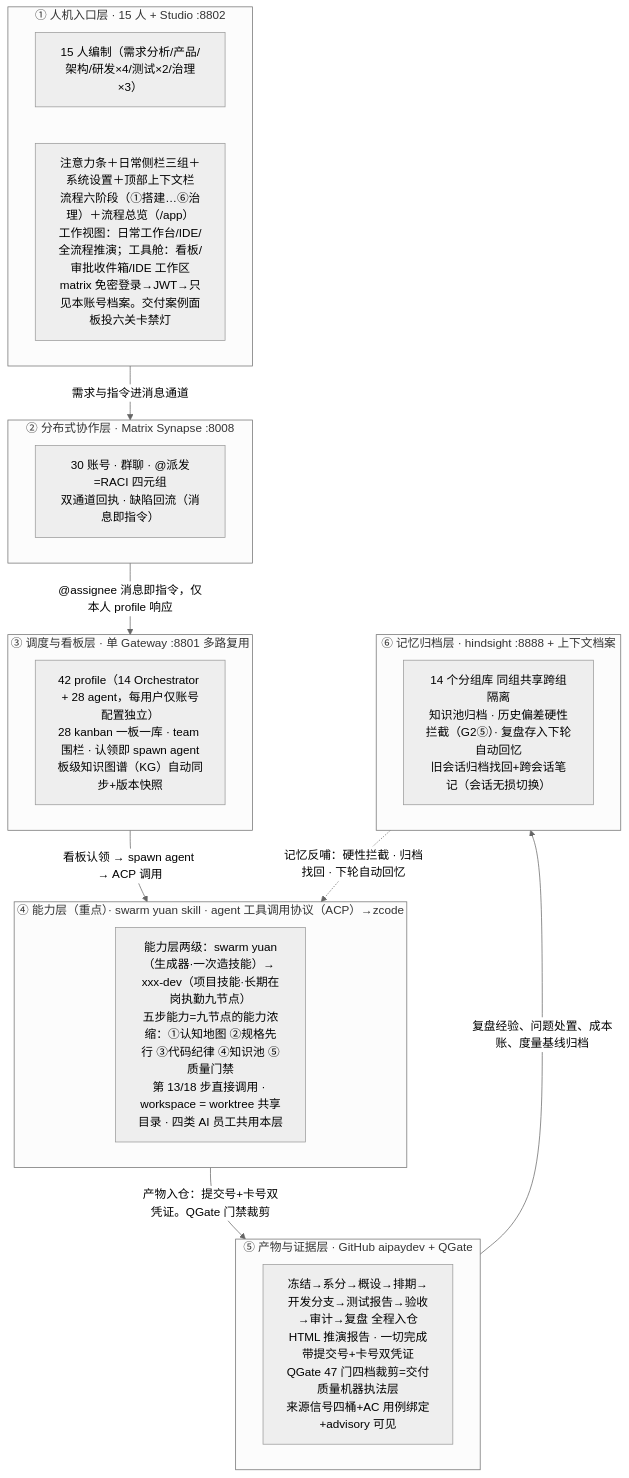
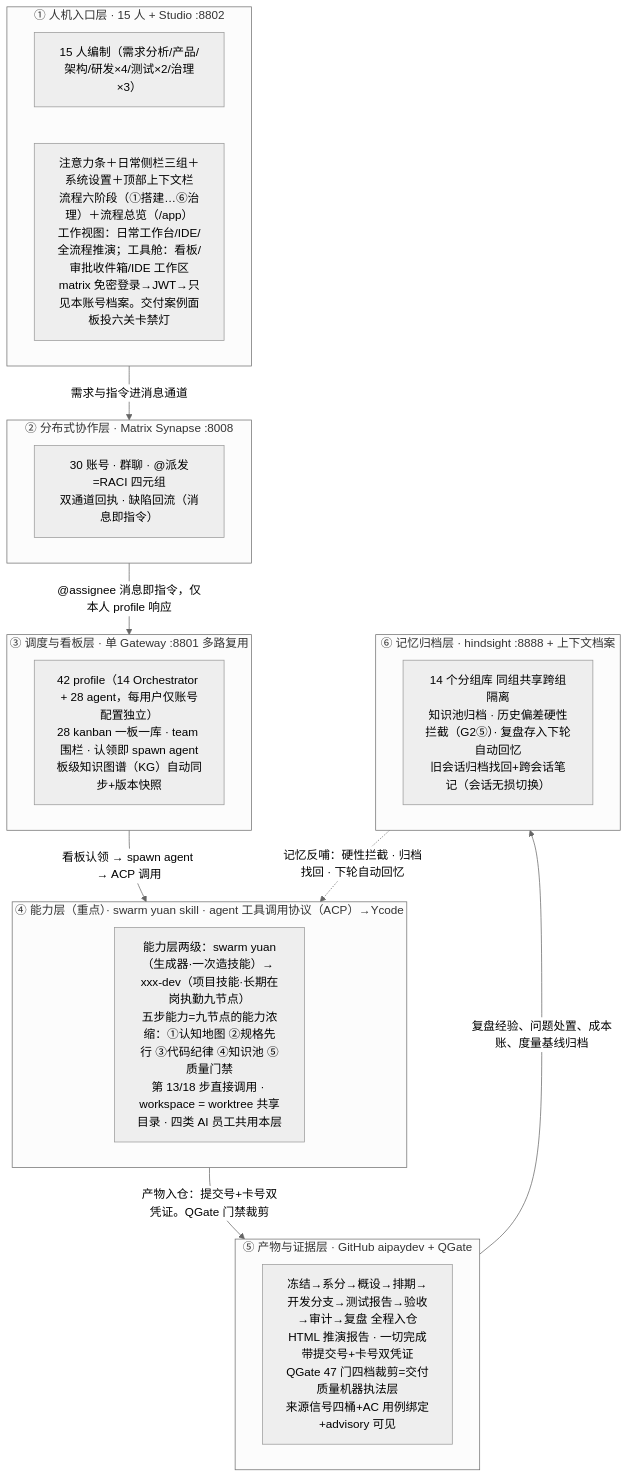
One commit to issac-new/AIStudio changed the second of 3 diagrams in docs/superpowers/specs/2026-10-05-mux-v8-fullflow-plan.md. Above: the diagram before and after it, drawn with Mermaid (neutral theme). The commit also changed other lines of this file and 10 other files, not shown here.

````diff
--- a/docs/superpowers/specs/2026-10-05-mux-v8-fullflow-plan.md
+++ b/docs/superpowers/specs/2026-10-05-mux-v8-fullflow-plan.md
@@ -363,28 +363,28 @@
 ```mermaid
 graph TB
     subgraph L1["① 人机入口层 · 15 人 + Studio :8802"]
         U["15 人编制（需求分析/产品/架构/研发×4/测试×2/治理×3）"]
         ST["注意力条＋日常侧栏三组＋系统设置＋顶部上下文栏<br/>流程六阶段（①搭建…⑥治理）＋流程总览（/app）<br/>工作视图：日常工作台/IDE/全流程推演；工具舱：看板/审批收件箱/IDE 工作区<br/>matrix 免密登录→JWT→只见本账号档案。交付案例面板投六关卡禁灯"]
     end
     subgraph L2["② 分布式协作层 · Matrix Synapse :8008"]
         MX["30 账号 · 群聊 · @派发=RACI 四元组<br/>双通道回执 · 缺陷回流（消息即指令）"]
     end
     subgraph L3["③ 调度与看板层 · 单 Gateway :8801 多路复用"]
         GW["42 profile（14 Orchestrator + 28 agent，每用户仅账号配置独立）<br/>28 kanban 一板一库 · team 围栏 · 认领即 spawn agent<br/>板级知识图谱（KG）自动同步+版本快照"]
     end
-    subgraph L4["④ 能力层（重点）· swarm yuan skill · agent 工具调用协议（ACP）→zcode"]
+    subgraph L4["④ 能力层（重点）· swarm yuan skill · agent 工具调用协议（ACP）→Ycode"]
         SK["能力层两级：swarm yuan（生成器·一次造技能）→ xxx-dev（项目技能·长期在岗执勤九节点）<br/>五步能力=九节点的能力浓缩：①认知地图 ②规格先行 ③代码纪律 ④知识池 ⑤质量门禁<br/>第 13/18 步直接调用 · workspace = worktree 共享目录 · 四类 AI 员工共用本层"]
     end
     subgraph L5["⑤ 产物与证据层 · GitHub aipaydev + QGate"]
         ART["冻结→系分→概设→排期→开发分支→测试报告→验收→审计→复盘 全程入仓<br/>HTML 推演报告 · 一切完成带提交号+卡号双凭证<br/>QGate 47 门四档裁剪=交付质量机器执法层<br/>来源信号四桶+AC 用例绑定+advisory 可见"]
     end
     subgraph L6["⑥ 记忆归档层 · hindsight :8888 + 上下文档案"]
         MEM["14 个分组库 同组共享跨组隔离<br/>知识池归档 · 历史偏差硬性拦截（G2⑤）· 复盘存入下轮自动回忆<br/>旧会话归档找回+跨会话笔记（会话无损切换）"]
     end
     L1 -->|"需求与指令进消息通道"| L2
     L2 -->|"@assignee 消息即指令，仅本人 profile 响应"| L3
     L3 -->|"看板认领 → spawn agent → ACP 调用"| L4
     L4 -->|"产物入仓：提交号+卡号双凭证。QGate 门禁裁剪"| L5
     L5 -->|"复盘经验、问题处置、成本账、度量基线归档"| L6
     L6 -.->|"记忆反哺：硬性拦截 · 归档找回 · 下轮自动回忆"| L4
 ```
````
